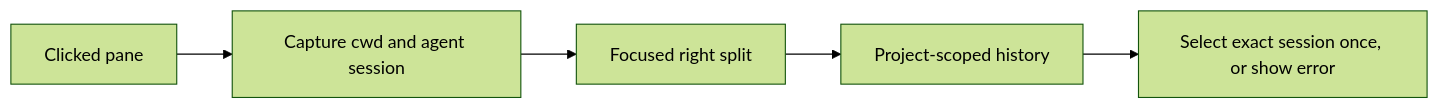
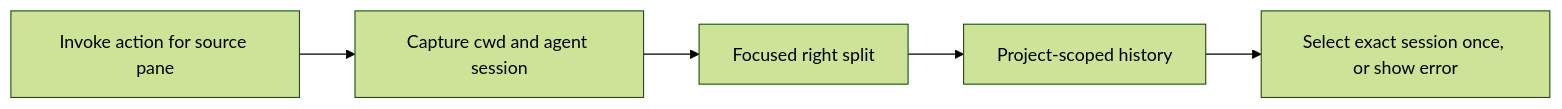
One commit to unphased/vim-config changed the diagram in herdr-plugins/agent-history/README.md. Above: the diagram before and after it, drawn with Mermaid (forest theme). The commit also changed other lines of this file and 1 other file, not shown here.

First line of the commit message:
docs: correct Herdr 0.9.3 pane-menu availability

````diff
--- a/herdr-plugins/agent-history/README.md
+++ b/herdr-plugins/agent-history/README.md
@@ -8,7 +14,7 @@
 ```mermaid
 flowchart LR
-    Click[Clicked pane] --> Capture[Capture cwd and agent session]
+    Invoke[Invoke action for source pane] --> Capture[Capture cwd and agent session]
     Capture --> Split[Focused right split]
     Split --> History[Project-scoped history]
     History --> Select[Select exact session once, or show error]
 ```
````
